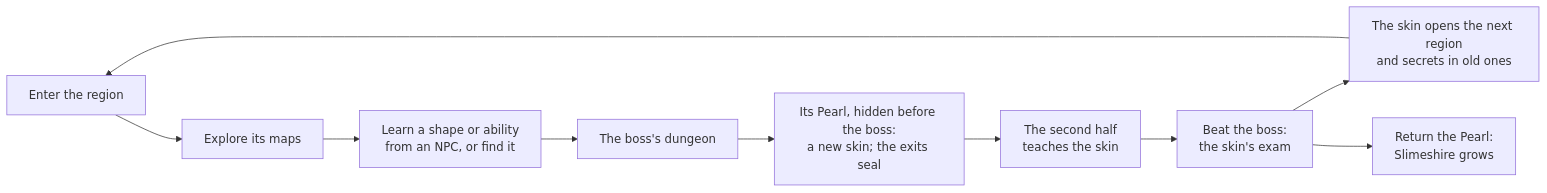
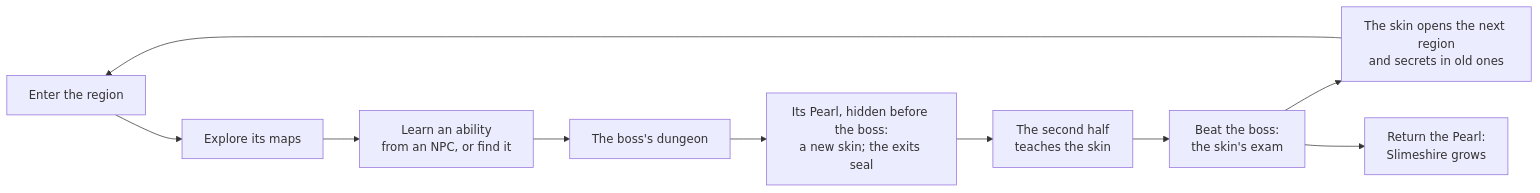
Before and after one commit to jason840917gmail/Slime_Isa: the diagram in docs/story/01-direction.md, drawn with Mermaid. The commit also changed other lines of this file and 10 other files, not shown here.

````diff
--- a/docs/story/01-direction.md
+++ b/docs/story/01-direction.md
@@ -278,12 +317,12 @@
 ```mermaid
 flowchart LR
   A[Enter the region] --> B[Explore its maps]
-  B --> C[Learn a shape or ability<br/>from an NPC, or find it]
+  B --> C[Learn an ability<br/>from an NPC, or find it]
   C --> D[The boss's dungeon]
   D --> E[Its Pearl, hidden before the boss:<br/>a new skin; the exits seal]
   E --> F[The second half<br/>teaches the skin]
   F --> I[Beat the boss:<br/>the skin's exam]
   I --> G[The skin opens the next region<br/>and secrets in old ones]
   I --> H[Return the Pearl:<br/>Slimeshire grows]
   G --> A
 ```
````
